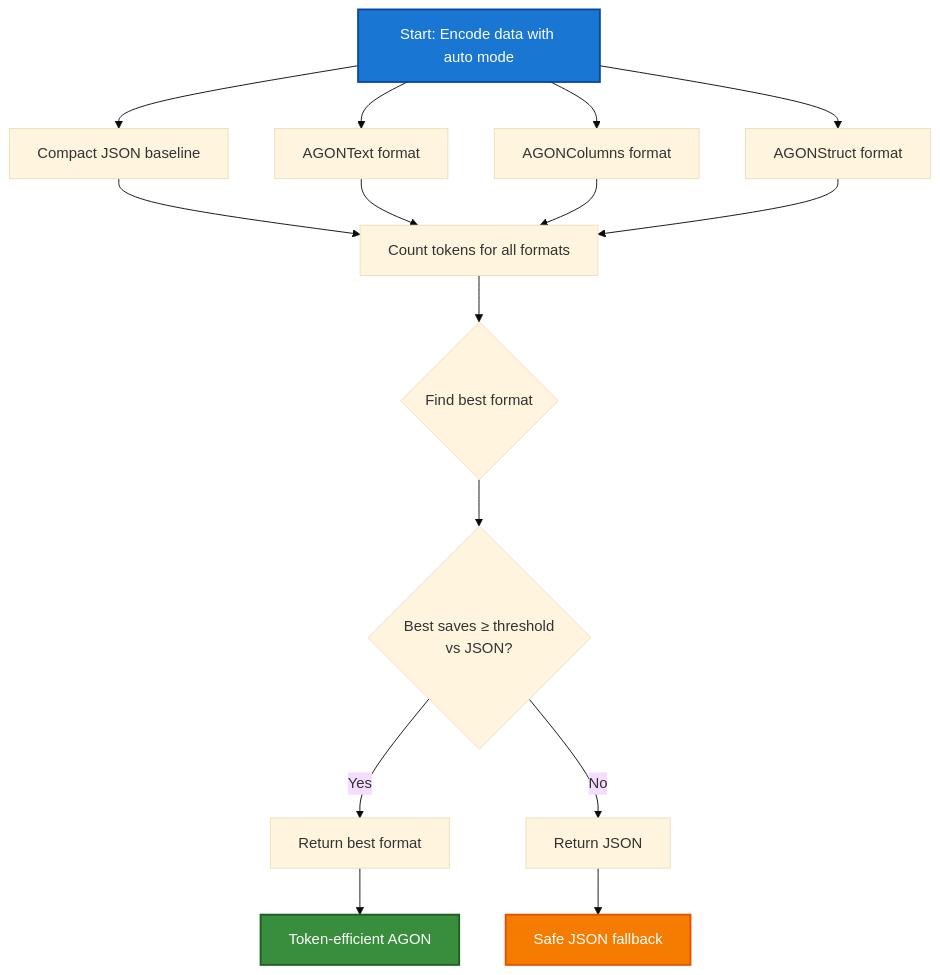
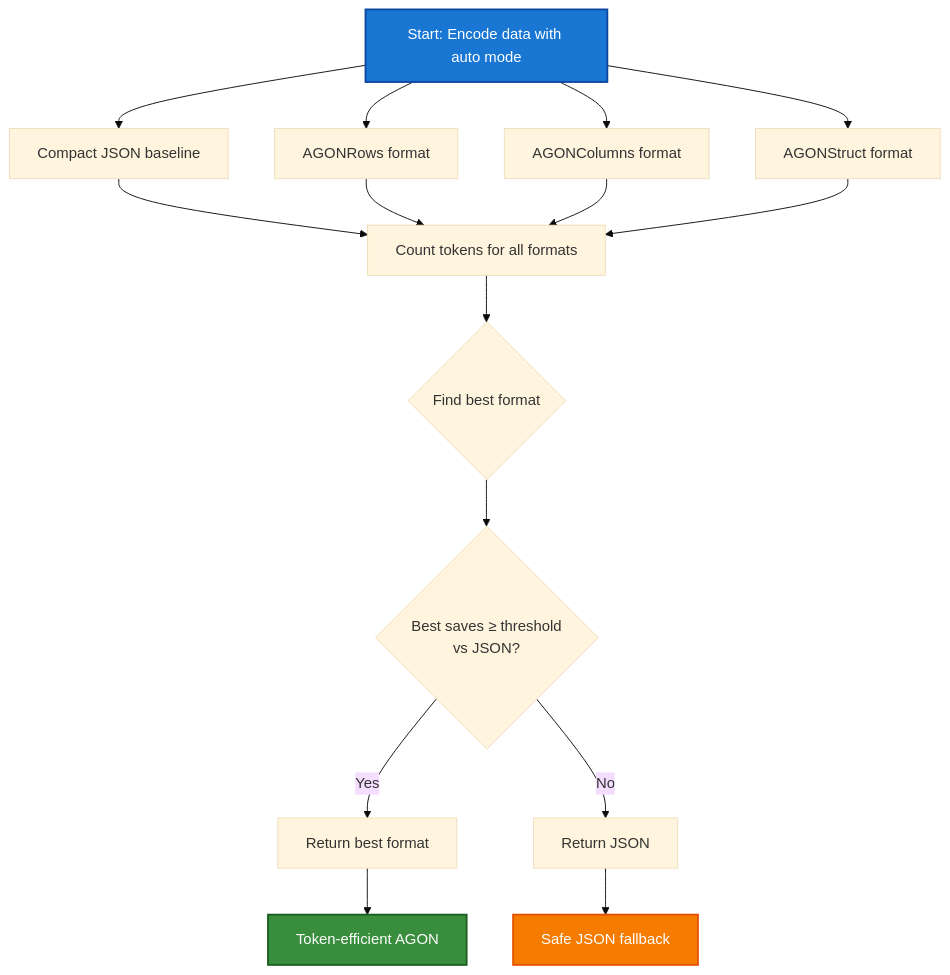
Before and after one commit to Verdenroz/agon-python: the diagram in docs/concepts.md, drawn with Mermaid (base theme). The commit also changed other lines of this file and 11 other files, not shown here.

````diff
--- a/docs/concepts.md
+++ b/docs/concepts.md
@@ -15,25 +15,25 @@
 ```mermaid
 flowchart TD
     A[Start: Encode data with auto mode]
 
     A --> B[Compact JSON baseline]
-    A --> C[AGONText format]
+    A --> C[AGONRows format]
     A --> D[AGONColumns format]
     A --> E[AGONStruct format]
 
     B --> F[Count tokens for all formats]
     C --> F
     D --> F
     E --> F
 
     F --> G{Find best format}
     G --> H{Best saves ≥ threshold<br/>vs JSON?}
     H -->|Yes| I[Return best format]
     H -->|No| J[Return JSON]
     I --> K[Token-efficient AGON]
     J --> L[Safe JSON fallback]
 
     style A fill:#1976D2,color:#fff,stroke:#0D47A1,stroke-width:2px
     style K fill:#388E3C,color:#fff,stroke:#1B5E20,stroke-width:2px
     style L fill:#F57C00,color:#fff,stroke:#E65100,stroke-width:2px
 ```
````
